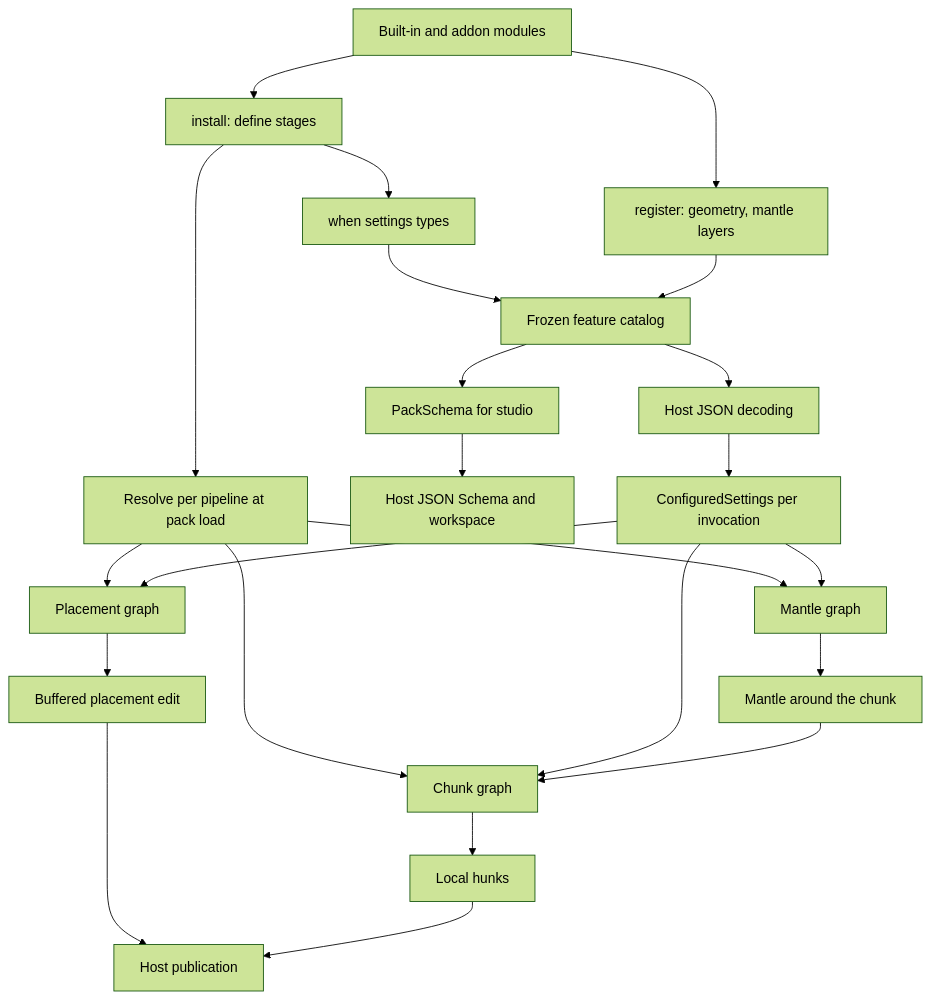
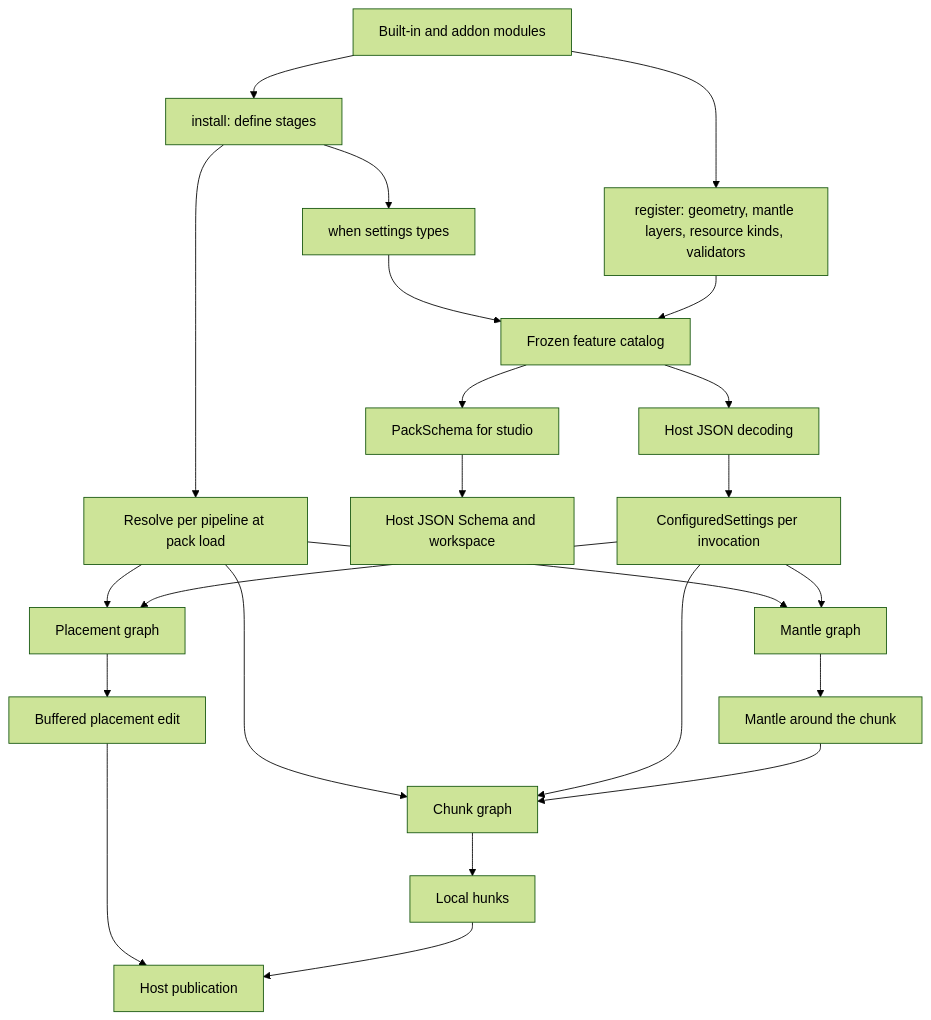
One commit to VolmitSoftware/Iris changed the diagram in DESIGN.md. Above: the diagram before and after it, drawn with Mermaid (forest theme). The commit also changed other lines of this file and 36 other files, not shown here.

Commit message:
Let modules declare pack resource kinds and validators: ResourceKind, PackResources.ids, @ResourceRef, the validation API and folders the host reserves

````diff
--- a/DESIGN.md
+++ b/DESIGN.md
@@ -16,25 +16,25 @@
 ```mermaid
 flowchart TD
     Modules[Built-in and addon modules] --> Install[install: define stages]
-    Modules --> Register[register: geometry, mantle layers]
+    Modules --> Register[register: geometry, mantle layers, resource kinds, validators]
     Install --> Resolve[Resolve per pipeline at pack load]
     Install --> Settings[when settings types]
     Settings --> Catalog[Frozen feature catalog]
     Register --> Catalog
     Resolve --> Placement[Placement graph]
     Resolve --> MantleGraph[Mantle graph]
     Resolve --> Chunk[Chunk graph]
     Catalog --> Schema[PackSchema for studio]
     Schema --> Render[Host JSON Schema and workspace]
     Catalog --> Decode[Host JSON decoding]
     Decode --> Configured[ConfiguredSettings per invocation]
     Configured --> Placement
     Configured --> MantleGraph
     Configured --> Chunk
     Placement --> Edit[Buffered placement edit]
     MantleGraph --> MantleData[Mantle around the chunk]
     MantleData --> Chunk
     Chunk --> Hunk[Local hunks]
     Edit --> Publish[Host publication]
     Hunk --> Publish
 ```
````
